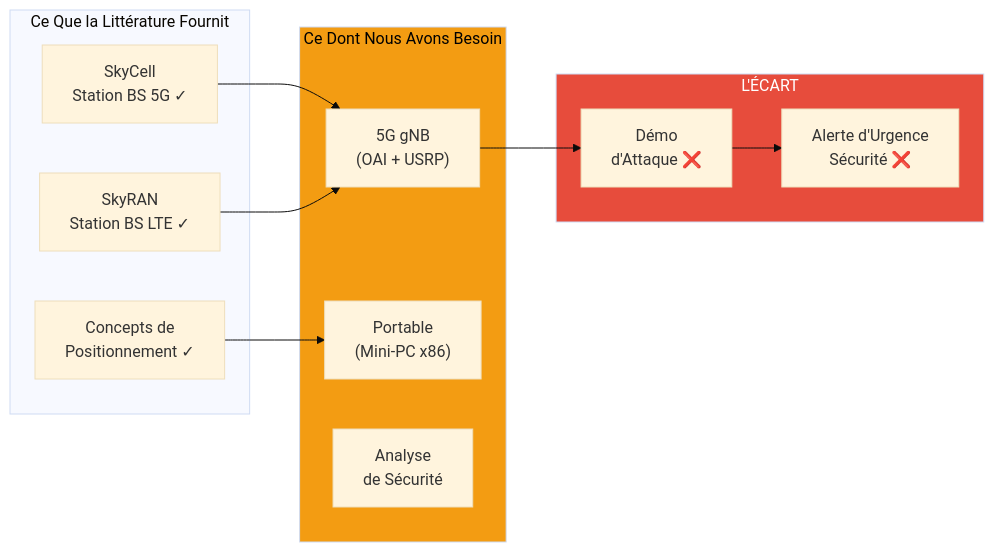
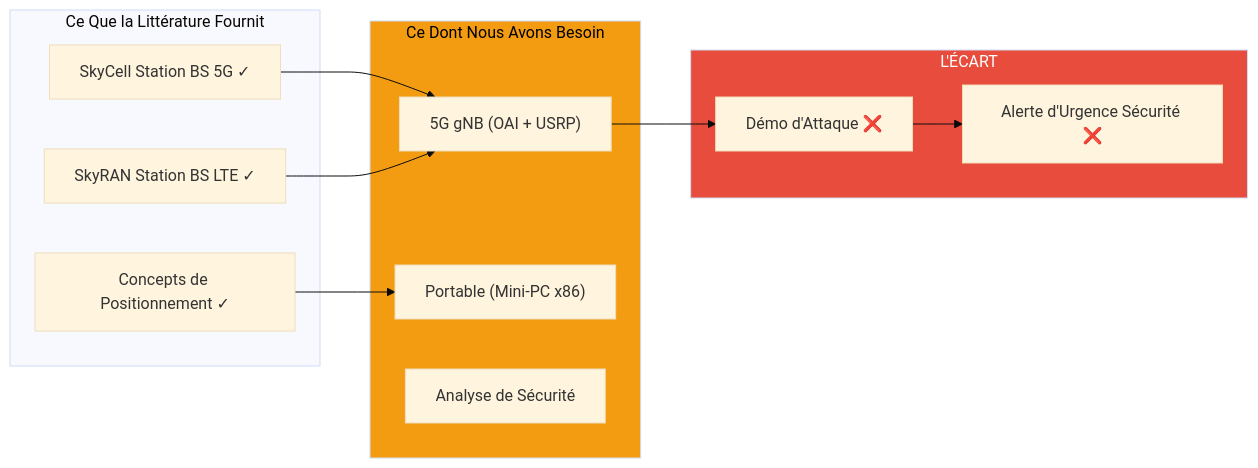
One commit to promaaa/kaust-5G-research changed the diagram in docs/obsidian/KAUST INTERNSHIP/pres1/sota-pres1.md. Above: the diagram before and after it, drawn with Mermaid (base theme). The commit also changed other lines of this file and 16 other files, not shown here.

````diff
--- a/docs/obsidian/KAUST INTERNSHIP/pres1/sota-pres1.md
+++ b/docs/obsidian/KAUST INTERNSHIP/pres1/sota-pres1.md
@@ -23,28 +22,28 @@
 ```mermaid
 flowchart LR
     subgraph Need["Ce Dont Nous Avons Besoin"]
-        gNB["5G gNB\n(OAI + USRP)"]
-        Portable["Portable\n(Mini-PC x86)"]
-        Security["Analyse\nde Sécurité"]
+        gNB["5G gNB (OAI + USRP)"]
+        Portable["Portable (Mini-PC x86)"]
+        Security["Analyse de Sécurité"]
     end
     
     subgraph Have["Ce Que la Littérature Fournit"]
-        SkyCell["SkyCell\nStation BS 5G ✓"]
-        SkyRAN["SkyRAN\nStation BS LTE ✓"]
-        Position["Concepts de\nPositionnement ✓"]
+        SkyCell["SkyCell Station BS 5G ✓"]
+        SkyRAN["SkyRAN Station BS LTE ✓"]
+        Position["Concepts de Positionnement ✓"]
     end
     
     subgraph Gap["L'ÉCART"]
-        Attack["Démo\nd'Attaque ❌"]
-        Alert["Alerte d'Urgence\nSécurité ❌"]
+        Attack["Démo d'Attaque ❌"]
+        Alert["Alerte d'Urgence Sécurité ❌"]
     end
     
     SkyCell --> gNB
     SkyRAN --> gNB
     Position --> Portable
     gNB --> Attack
     Attack --> Alert
     
     style Gap fill:#e74c3c,color:#fff
     style Need fill:#f39c12,color:#000
 ```
````
